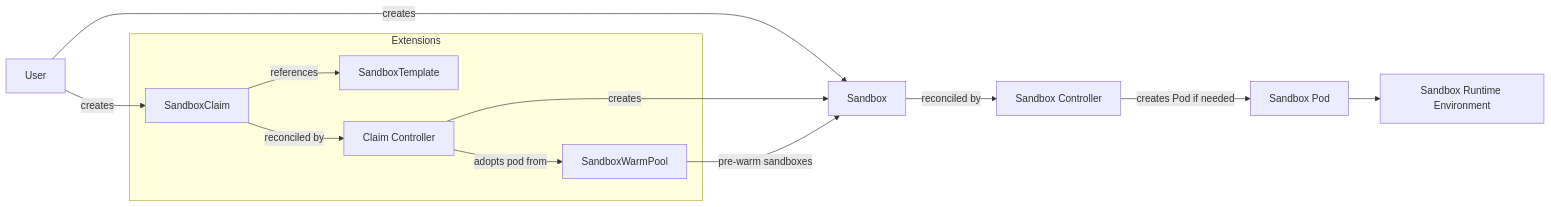
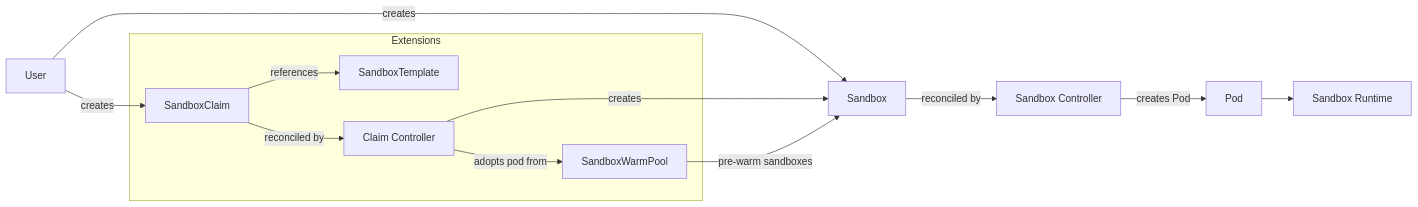
Before and after one commit to kubernetes-sigs/agent-sandbox: the diagram in README.md, drawn with Mermaid.

````diff
--- a/README.md
+++ b/README.md
@@ -46,44 +46,44 @@
 ```mermaid
 flowchart LR
 
     User[User]
 
     Claim[SandboxClaim]
     Template[SandboxTemplate]
     Sandbox[Sandbox]
 
     ClaimController[Claim Controller]
     Controller[Sandbox Controller]
 
-    Pod[Sandbox Pod]
-    Runtime[Sandbox Runtime Environment]
+    Pod[Pod]
+    Runtime[Sandbox Runtime]
 
     WarmPool[SandboxWarmPool]
 
     subgraph Extensions[Extensions]
       Claim
       Template
       ClaimController
       WarmPool
     end
 
     %% User paths
     User -->|creates| Sandbox
     User -->|creates| Claim
 
     %% Claim workflow
     Claim -->|references| Template
     Claim -->|reconciled by| ClaimController
     ClaimController -->|creates| Sandbox
 
     %% Pod handling
     ClaimController -->|adopts pod from| WarmPool
     Sandbox -->|reconciled by| Controller
-    Controller -->|creates Pod if needed| Pod
+    Controller -->|creates Pod| Pod
 
     %% Runtime
     Pod --> Runtime
 
     %% Warm pool
     WarmPool -->|pre-warm sandboxes| Sandbox
 ```
````
